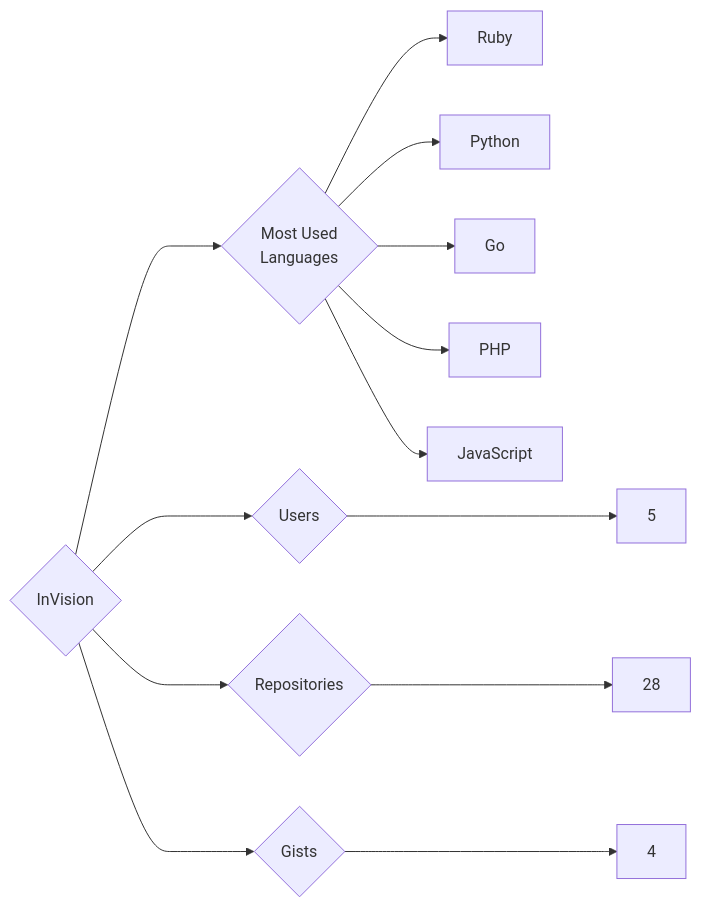
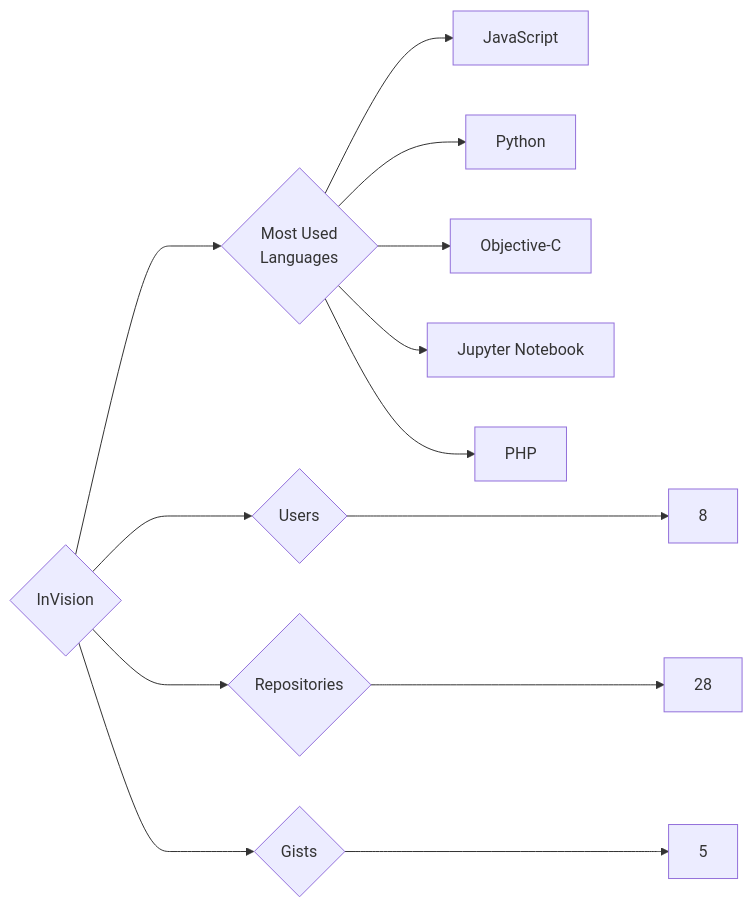
The diagram in targets/InVision/README.md (trickest/insiders), drawn with Mermaid before and after one commit. The commit also changed 1212 other files, not shown here.

````diff
--- a/targets/InVision/README.md
+++ b/targets/InVision/README.md
@@ -3,13 +3,13 @@
 ```mermaid
 graph LR
 COMPANY_NAME{InVision}
-COMPANY_NAME ---> U{Users} ---> UN[5]
+COMPANY_NAME ---> U{Users} ---> UN[8]
 COMPANY_NAME ---> R{Repositories} ---> RN[28]
-COMPANY_NAME ---> G{Gists} ---> GN[4]
+COMPANY_NAME ---> G{Gists} ---> GN[5]
 COMPANY_NAME ---> ML{Most Used<br>Languages}
-ML --> Ruby[Ruby]
+ML --> JavaScript[JavaScript]
 ML --> Python[Python]
-ML --> Go[Go]
+ML --> Objective-C[Objective-C]
+ML --> Jupyter_Notebook[Jupyter Notebook]
 ML --> PHP[PHP]
-ML --> JavaScript[JavaScript]
 ```
````
